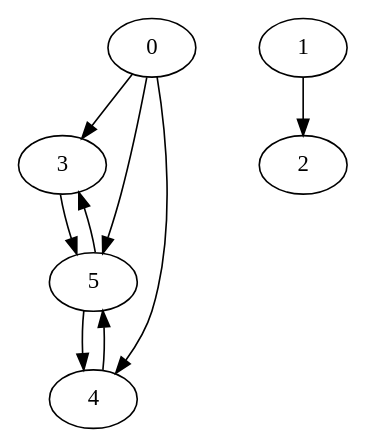
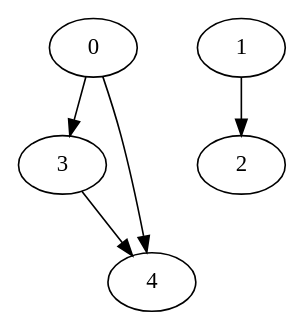
Before and after one commit to XushengLuo92/Hierarchical-LTL: the diagram in routing_graph.dot, drawn with Graphviz. The commit also changed 5 other files, not shown here.

```diff
--- a/routing_graph.dot
+++ b/routing_graph.dot
@@ -1,17 +1,12 @@
 strict digraph "" {
 	graph [type=routing_graph];
 	0	[location_type_component_task_element="['r1', 1, 1, -1]"];
-	3	[location_type_component_task_element="['p3', 1, 1, 'p100', 2]"];
+	3	[location_type_component_task_element="['p2', 1, 1, 'p100', 1]"];
 	0 -> 3	[weight=10];
-	4	[location_type_component_task_element="['p4', 1, 1, 'p200', 1]"];
+	4	[location_type_component_task_element="['p4', 1, 1, 'p100', 2]"];
 	0 -> 4	[weight=10];
-	5	[location_type_component_task_element="['p5', 1, 1, 'p300', 1]"];
-	0 -> 5	[weight=10];
 	1	[location_type_component_task_element="['r2', 2, 1, -1]"];
-	2	[location_type_component_task_element="['p2', 2, 1, 'p100', 1]"];
+	2	[location_type_component_task_element="['p1', 2, 1, 'p0', 2]"];
 	1 -> 2	[weight=10];
-	3 -> 5	[weight=10];
-	4 -> 5	[weight=10];
-	5 -> 3	[weight=10];
-	5 -> 4	[weight=10];
+	3 -> 4	[weight=1];
 }
```
